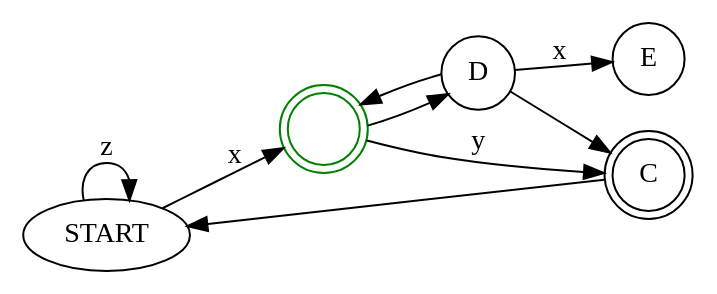
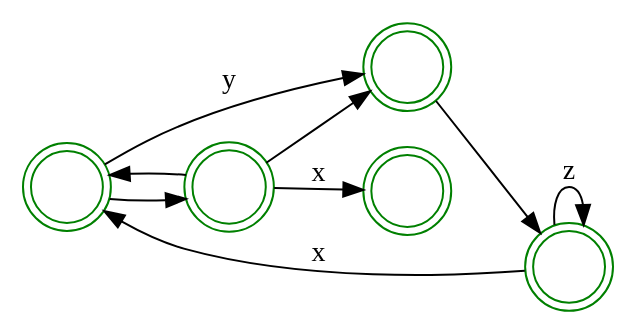
Before and after one commit to andrelago13/COMP: the diagram in examples vis/teste2.dot, drawn with Graphviz. The commit also changed 5 other files, not shown here.

```diff
--- a/examples vis/teste2.dot
+++ b/examples vis/teste2.dot
@@ -1,19 +1,16 @@
 digraph {
   rankdir=LR;
-  START;
-  node [shape = doublecircle]; B C;
+  node [shape = doublecircle,
+  		fontcolor=white,
+  		color = green,
+  		peripheries = 2]; B C;
   node [shape = circle];
-  START -> START[label=z];
-  START -> B[label=x];
+  A;
+  A -> A[label=z];
+  A -> B[label=x];
   B -> C[label=y];
-  C -> START;
+  C -> A;
   B -> D;
   D -> {B; C}
   D -> E[label=x];
-  
-  B [
-  	fontcolor=white,
-  	color=green,
-  	peripheries=2
-  ];
 }
```
